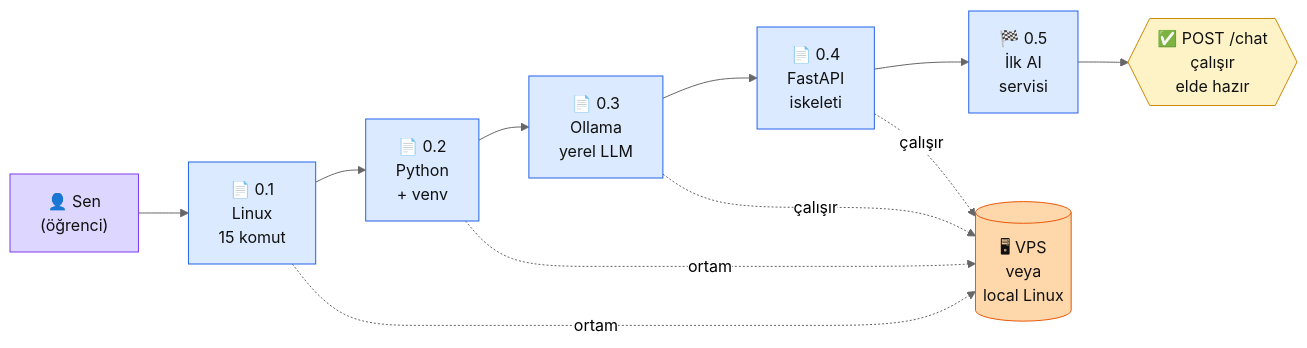
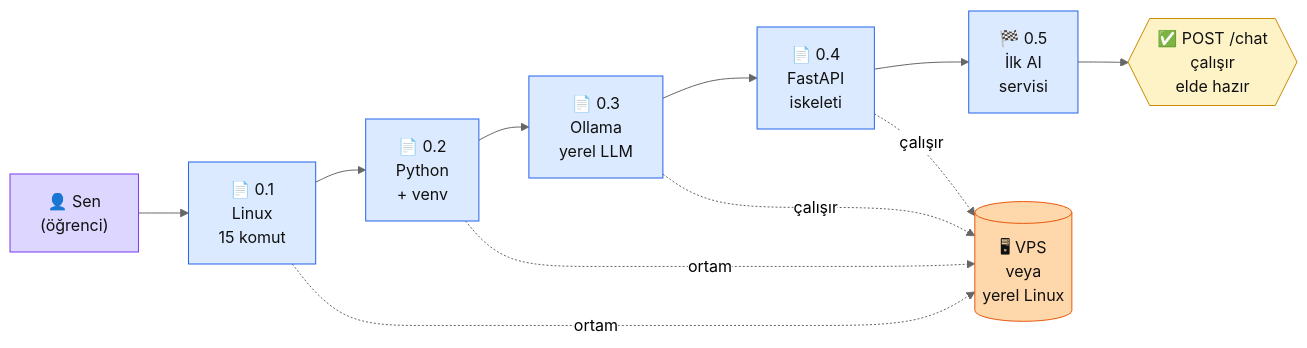
Before and after one commit to KemalG-u/muhendisal-platform: the diagram in docs/bolum-0/index.md, drawn with Mermaid (neutral theme). The commit also changed other lines of this file and 4 other files, not shown here.

````diff
--- a/docs/bolum-0/index.md
+++ b/docs/bolum-0/index.md
@@ -31,26 +31,26 @@
 ```mermaid
 flowchart LR
   S["👤 Sen\n(öğrenci)"]
   P01["📄 0.1\nLinux\n15 komut"]
   P02["📄 0.2\nPython\n+ venv"]
   P03["📄 0.3\nOllama\nyerel LLM"]
   P04["📄 0.4\nFastAPI\niskeleti"]
   P05["🏁 0.5\nİlk AI\nservisi"]
-  VPS[("🖥 VPS\nveya\nlocal Linux")]
+  VPS[("🖥 VPS\nveya\nyerel Linux")]
   OUT{{"✅ POST /chat\nçalışır\nelde hazır"}}
 
   S --> P01 --> P02 --> P03 --> P04 --> P05 --> OUT
   P01 -.ortam.-> VPS
   P02 -.ortam.-> VPS
   P03 -.çalışır.-> VPS
   P04 -.çalışır.-> VPS
 
   classDef user fill:#ddd6fe,stroke:#7c3aed,color:#111
   classDef page fill:#dbeafe,stroke:#2563eb,color:#111
   classDef infra fill:#fed7aa,stroke:#ea580c,color:#111
   classDef yan fill:#fef3c7,stroke:#ca8a04,color:#111
   class S user
   class P01,P02,P03,P04,P05 page
   class VPS infra
   class OUT yan
 ```
````
